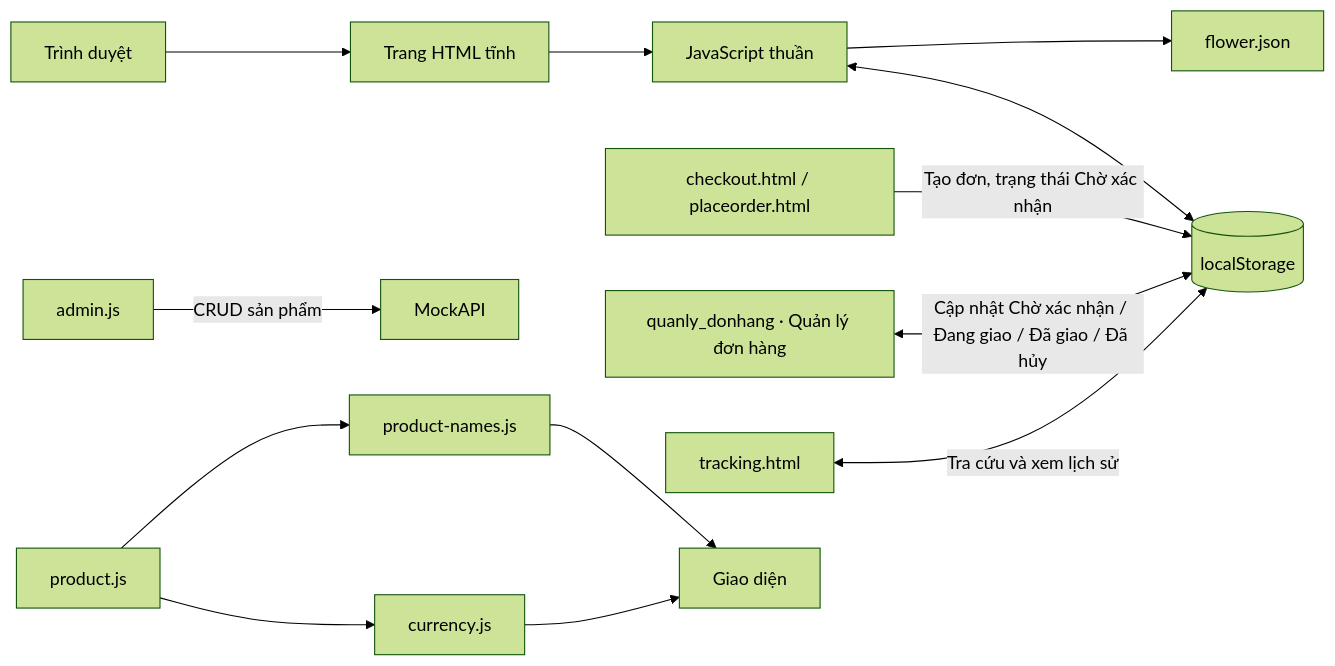
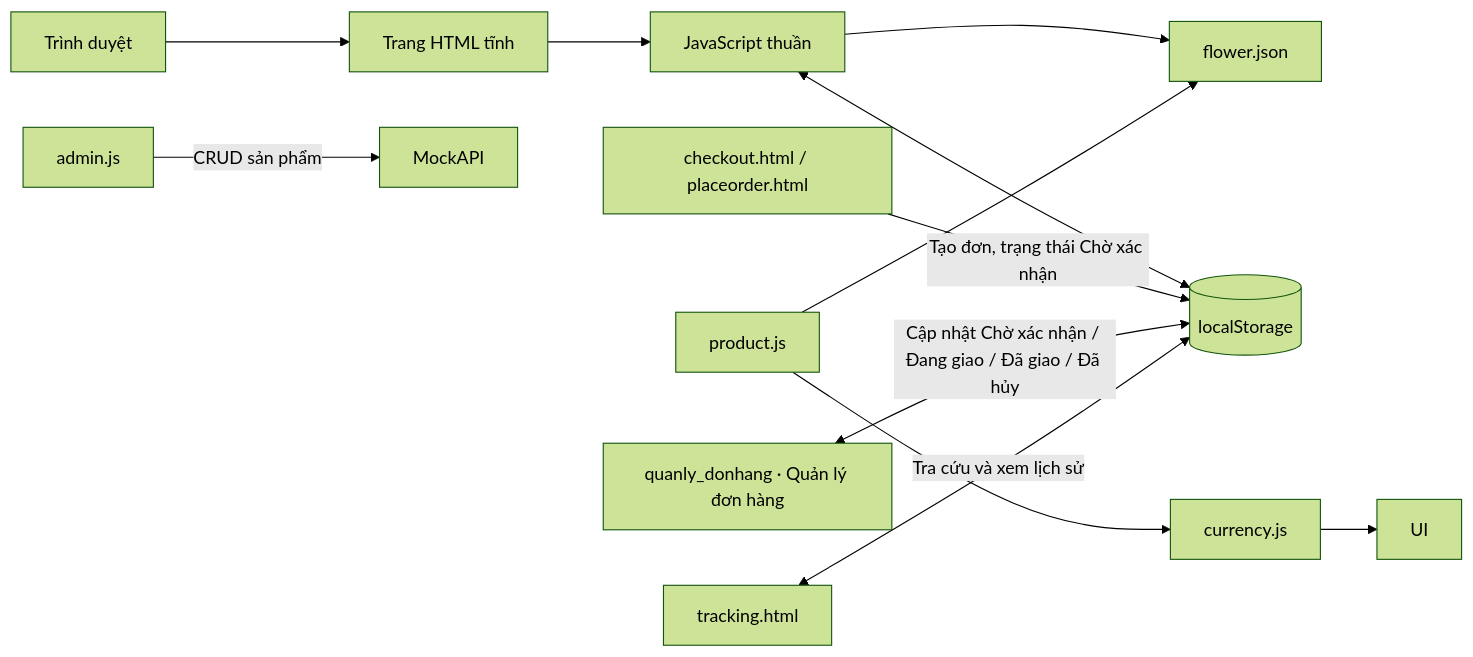
One commit to Longg5048/flower.com changed the diagram in flower.com/README.md. Above: the diagram before and after it, drawn with Mermaid (forest theme). The commit also changed other lines of this file and 10 other files, not shown here.

Commit message:
Replace third-party flower assets and copy

````diff
--- a/flower.com/README.md
+++ b/flower.com/README.md
@@ -8,15 +8,14 @@
 ```mermaid
 flowchart LR
 	Browser[Trình duyệt] --> Pages[Trang HTML tĩnh]
 	Pages --> Scripts[JavaScript thuần]
 	Scripts --> Catalog["flower.json"]
 	Scripts <--> Storage[(localStorage)]
 	Admin["admin.js"] -->|CRUD sản phẩm| API[MockAPI]
 	Checkout["checkout.html / placeorder.html"] -->|Tạo đơn, trạng thái Chờ xác nhận| Storage
 	AdminOrders["quanly_donhang · Quản lý đơn hàng"] <-->|Cập nhật Chờ xác nhận / Đang giao / Đã giao / Đã hủy| Storage
 	Tracking["tracking.html"] <-->|Tra cứu và xem lịch sử| Storage
-	Product["product.js"] --> Names["product-names.js"]
-	Product --> Currency["currency.js"]
-	Names --> UI[Giao diện]
-	Currency --> UI
+	Product["product.js"] --> Catalog["flower.json"]
+Product --> Currency["currency.js"]
+Currency --> UI
 ```
````
